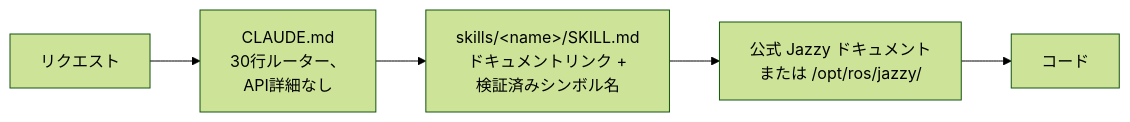
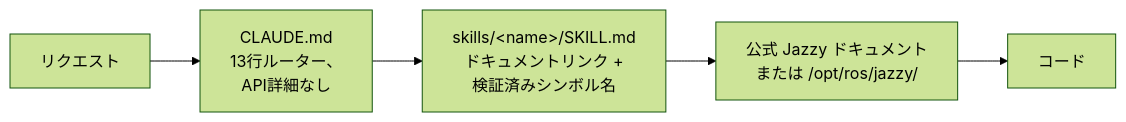
Before and after one commit to Leehyunbin0131/claude-ros2-skills: the diagram in README.ja.md, drawn with Mermaid (forest theme). The commit also changed other lines of this file and 27 other files, not shown here.

````diff
--- a/README.ja.md
+++ b/README.ja.md
@@ -145,7 +145,7 @@
 ```mermaid
 flowchart LR
-    A["リクエスト"] --> B["CLAUDE.md<br/>30行ルーター、<br/>API詳細なし"]
+    A["リクエスト"] --> B["CLAUDE.md<br/>13行ルーター、<br/>API詳細なし"]
     B --> C["skills/&lt;name&gt;/SKILL.md<br/>ドキュメントリンク +<br/>検証済みシンボル名"]
     C --> D["公式 Jazzy ドキュメント<br/>または /opt/ros/jazzy/"]
     D --> E["コード"]
 ```
````
